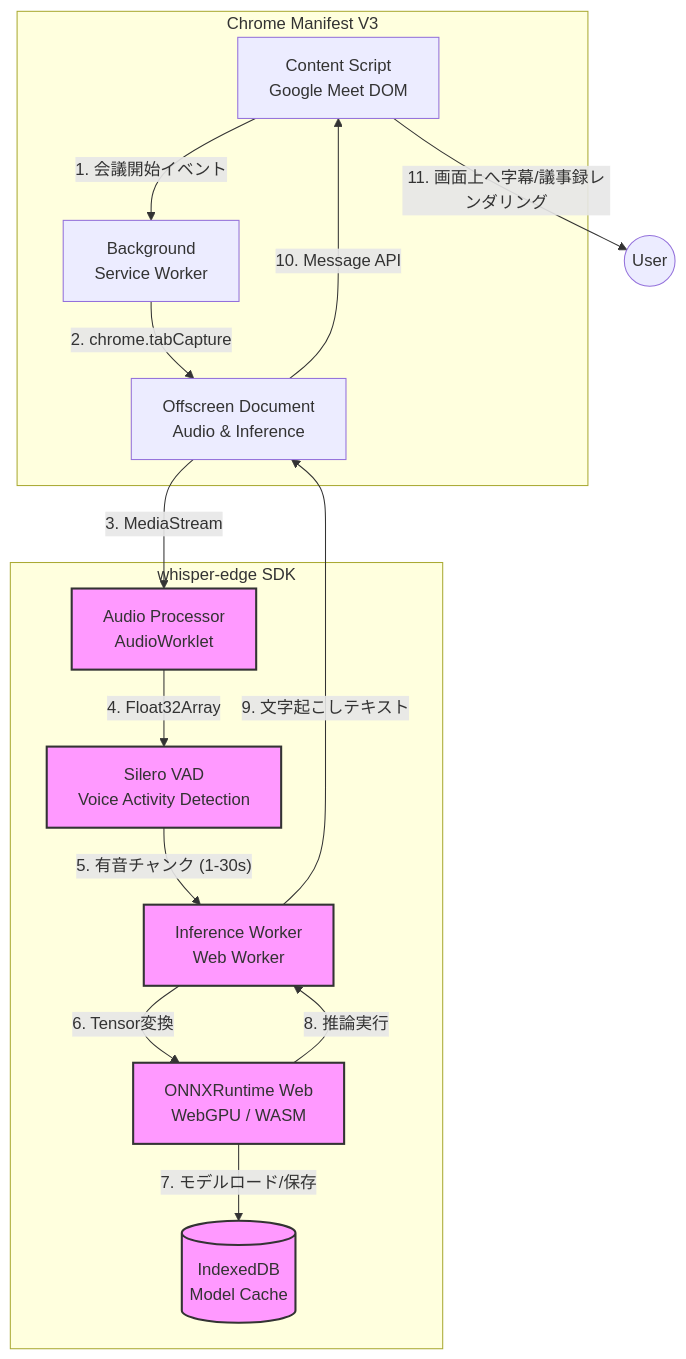
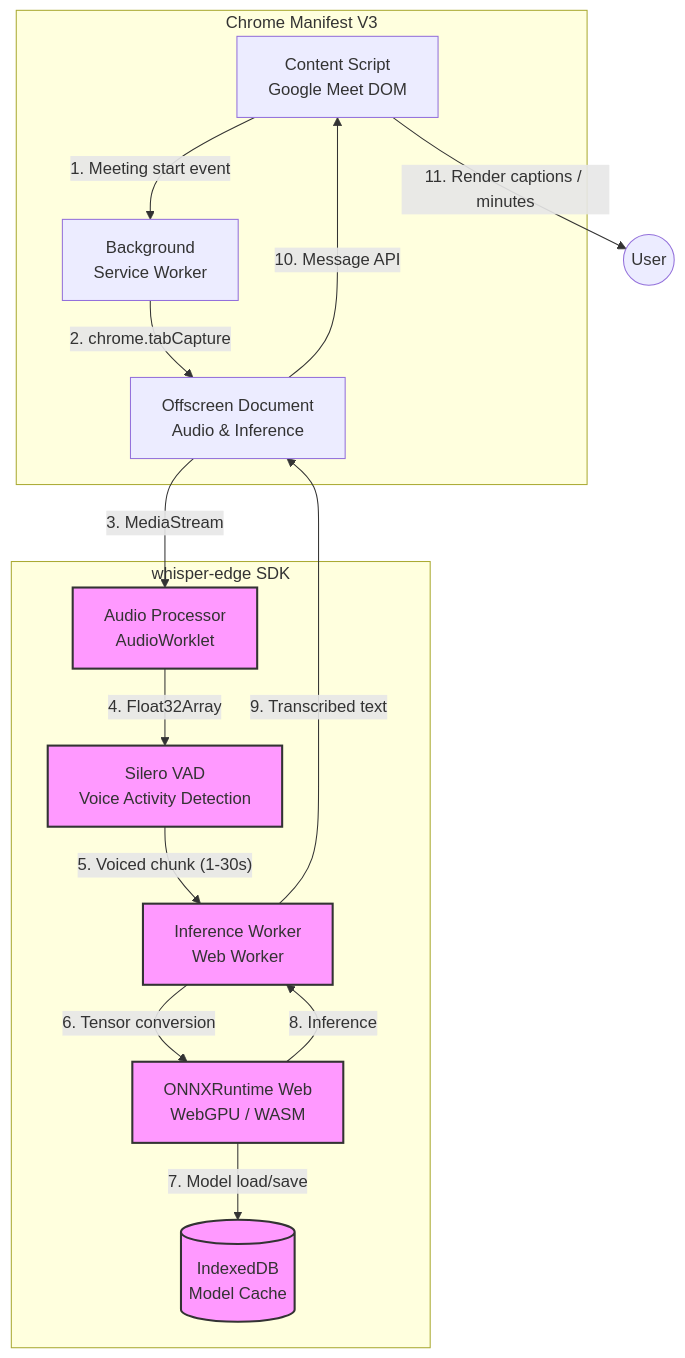
The diagram in docs/architecture.md (omaru12345/whisper-edge), drawn with Mermaid before and after one commit. The commit also changed other lines of this file and 2 other files, not shown here.

Commit message:
docs: translate README + architecture + roadmap to English (rules/01)

````diff
--- a/docs/architecture.md
+++ b/docs/architecture.md
@@ -7,32 +7,32 @@
 ```mermaid
 graph TD
     subgraph Chrome Extension [Chrome Manifest V3]
         CS[Content Script <br> Google Meet DOM]
         BG[Background <br> Service Worker]
         OD[Offscreen Document <br> Audio & Inference]
     end
 
     subgraph "whisper-edge SDK"
         AP[Audio Processor <br> AudioWorklet]
         VAD[Silero VAD <br> Voice Activity Detection]
         WW[Inference Worker <br> Web Worker]
         ORT[ONNXRuntime Web <br> WebGPU / WASM]
         IDB[(IndexedDB <br> Model Cache)]
     end
 
-    %% データフロー
-    CS -- 1. 会議開始イベント --> BG
+    %% Data flow
+    CS -- 1. Meeting start event --> BG
     BG -- 2. chrome.tabCapture --> OD
     OD -- 3. MediaStream --> AP
     AP -- 4. Float32Array --> VAD
-    VAD -- 5. 有音チャンク (1-30s) --> WW
-    WW -- 6. Tensor変換 --> ORT
-    ORT -- 7. モデルロード/保存 --> IDB
-    ORT -- 8. 推論実行 --> WW
-    WW -- 9. 文字起こしテキスト --> OD
+    VAD -- 5. Voiced chunk (1-30s) --> WW
+    WW -- 6. Tensor conversion --> ORT
+    ORT -- 7. Model load/save --> IDB
+    ORT -- 8. Inference --> WW
+    WW -- 9. Transcribed text --> OD
     OD -- 10. Message API --> CS
-    CS -- 11. 画面上へ字幕/議事録レンダリング --> User((User))
+    CS -- 11. Render captions / minutes --> User((User))
 
     classDef sdk fill:#f9f,stroke:#333,stroke-width:2px;
     class AP,VAD,WW,ORT,IDB sdk;
 ```
````
